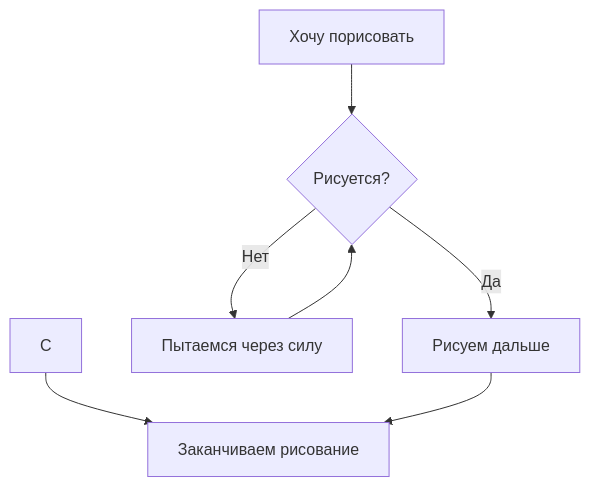
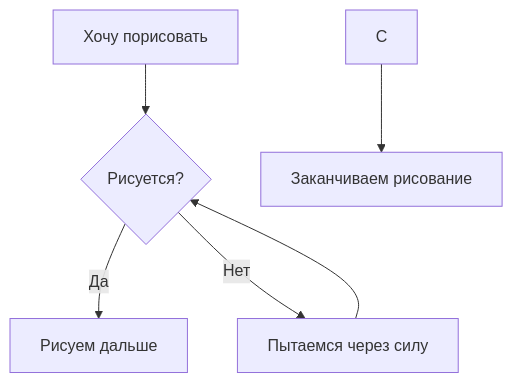
The diagram in minh.md (Hoshimi101/m), drawn with Mermaid before and after one commit.

Commit message:
второй

````diff
--- a/minh.md
+++ b/minh.md
@@ -31,9 +31,8 @@
 ```mermaid
 graph TD
   A[Хочу порисовать] --> B{Рисуется?}
   B --> |Да| C[Рисуем дальше]
   B --> |Нет| D[Пытаемся через силу]
   С --> G[Заканчиваем рисование]
   D --> B
-  C --> G
   ```
````
